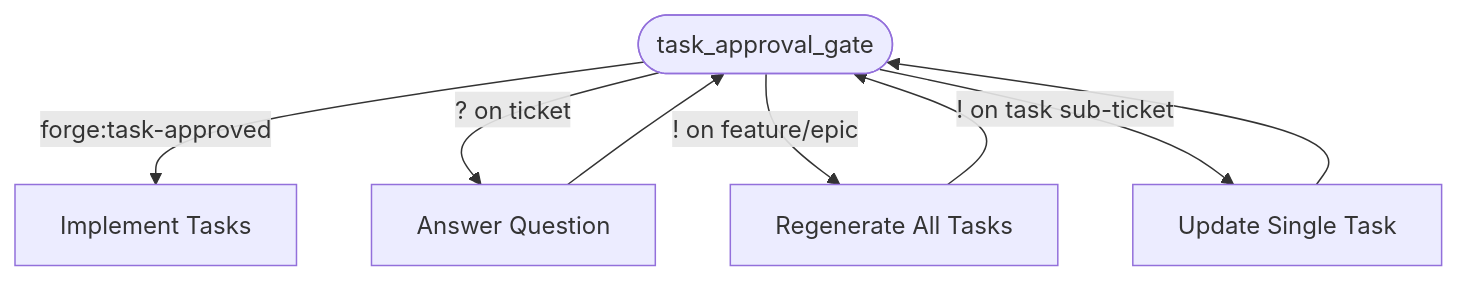
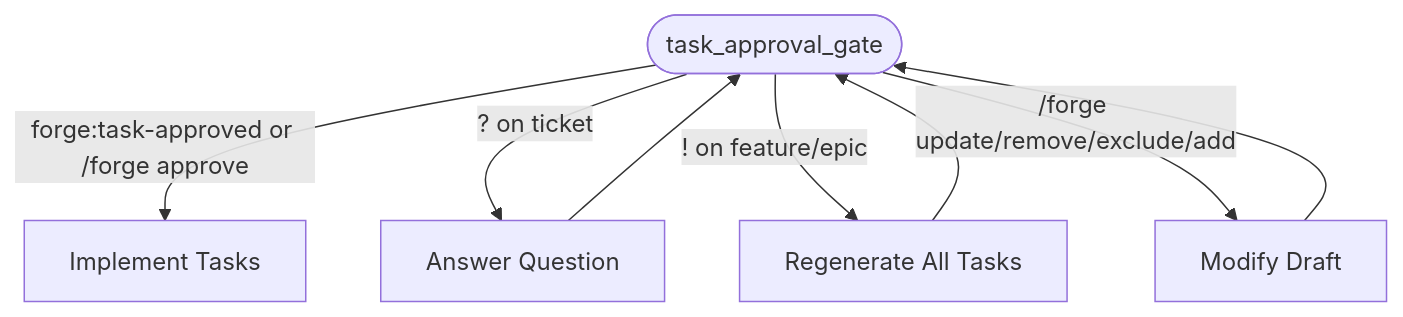
The third of 3 diagrams in docs/guide/feature-workflow.md (ekuris-redhat/forge), drawn with Mermaid before and after one commit. The commit also changed other lines of this file and 3 other files, not shown here.

First line of the commit message:
[AISOS-2294-docs] Update stale documentation for draft-based planning review flow

````diff
--- a/docs/guide/feature-workflow.md
+++ b/docs/guide/feature-workflow.md
@@ -99,11 +113,11 @@
 ```mermaid
 flowchart TD
     Gate([task_approval_gate])
-    Gate -->|forge:task-approved| Next[Implement Tasks]
+    Gate -->|forge:task-approved or /forge approve| Next[Implement Tasks]
     Gate -->|"? on ticket"| QA[Answer Question]
     Gate -->|"! on feature/epic"| Regen[Regenerate All Tasks]
-    Gate -->|"! on task sub-ticket"| Update[Update Single Task]
+    Gate -->|"/forge update/remove/exclude/add"| Update[Modify Draft]
     QA --> Gate
     Regen --> Gate
     Update --> Gate
 ```
````
